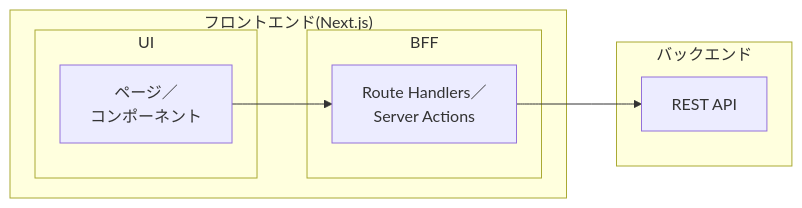
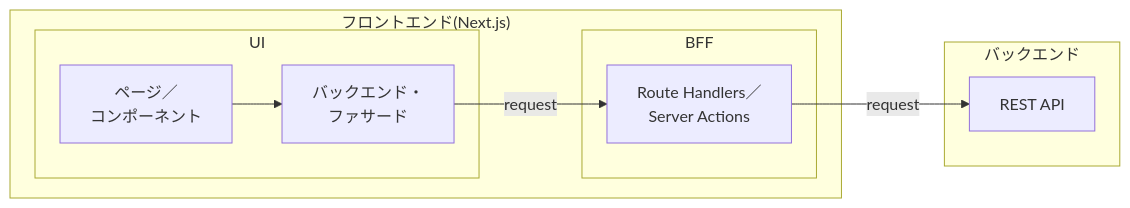
Before and after one commit to sudo-yoko/portfolio-nextjs: the first of 2 diagrams in README.md, drawn with Mermaid. The commit also changed other lines of this file, not shown here.

````diff
--- a/README.md
+++ b/README.md
@@ -31,16 +32,18 @@
 ```mermaid
 flowchart LR
 	subgraph "フロントエンド(Next.js)"
 		subgraph "UI"
 			U["ページ／<br>コンポーネント"]
+			F["バックエンド・<br>ファサード"]
 		end
 		subgraph "BFF"
 			B[Route Handlers／<br>Server Actions]
 		end
 	end
-	U-->B
+	U-->F
+	F-- request -->B
 	subgraph "バックエンド"
 		REST["REST API"]
 	end
-	B-->REST
+	B-- request -->REST
 ```
````
